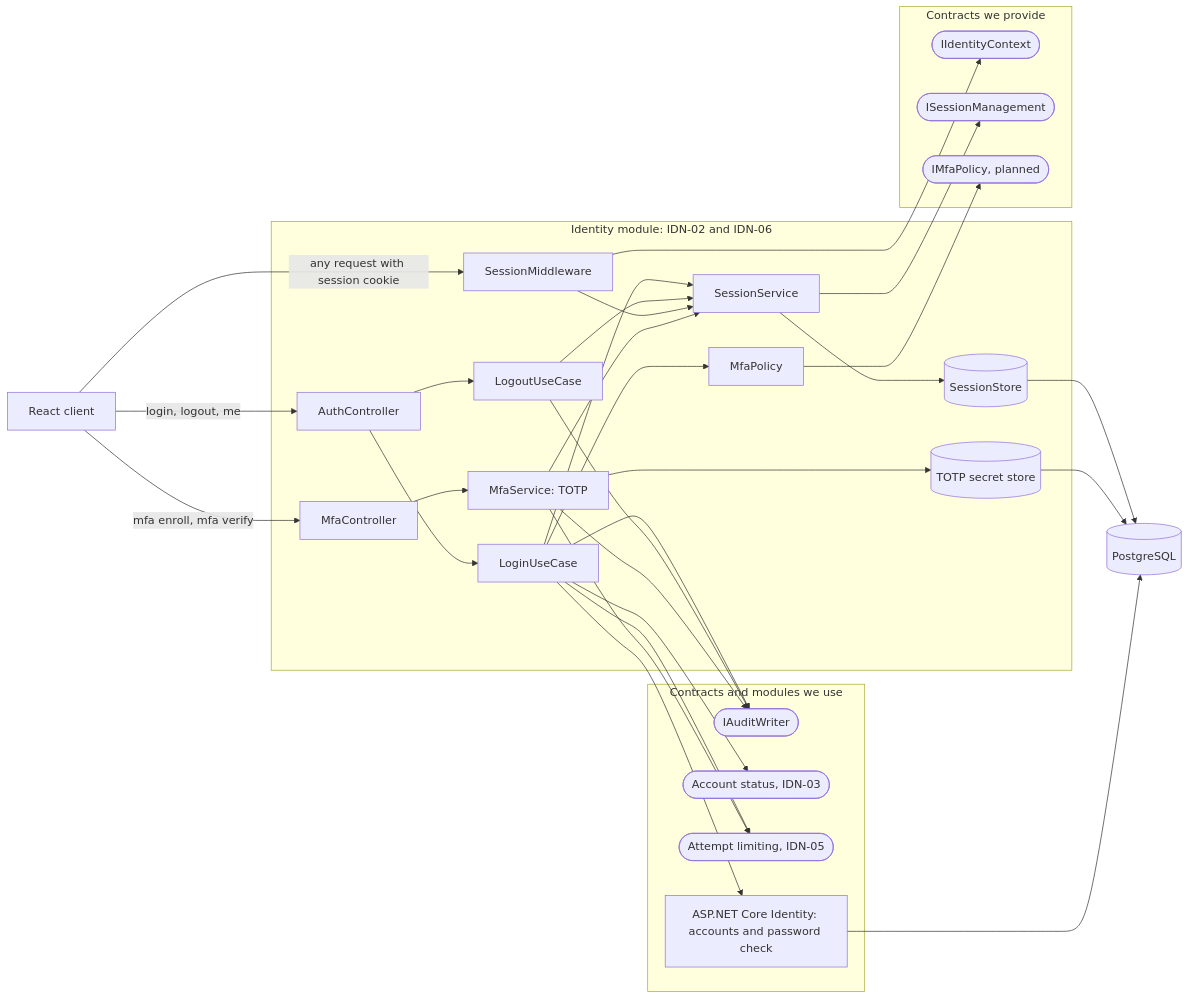
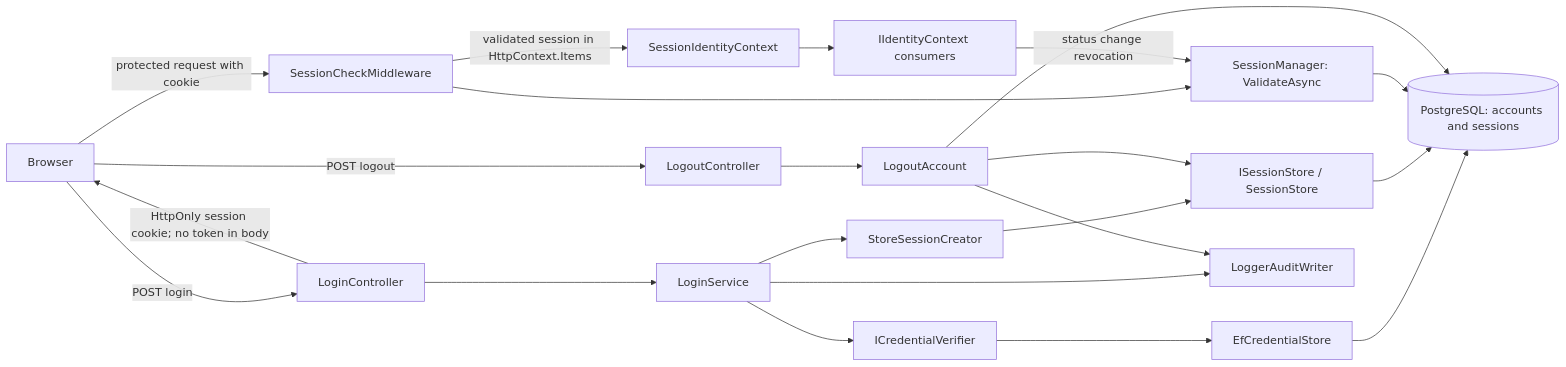
Before and after one commit to Kikiriki007/security-lab: the diagram in docs/components/identity/IDN-02_IDN-06_ARCHITECTURE.md, drawn with Mermaid. The commit also changed other lines of this file and 5 other files, not shown here.

Commit message:
Updated the diagram and contracts

````diff
--- a/docs/components/identity/IDN-02_IDN-06_ARCHITECTURE.md
+++ b/docs/components/identity/IDN-02_IDN-06_ARCHITECTURE.md
@@ -45,46 +41,27 @@
 ```mermaid
 flowchart LR
-  Client[React client] -->|login, logout, me| AuthC[AuthController]
-  Client -->|mfa enroll, mfa verify| MfaC[MfaController]
-  Client -->|any request with session cookie| Mw[SessionMiddleware]
+  Browser[Browser] -->|POST login| Auth[LoginController]
+  Auth --> Login[LoginService]
+  Login --> Cred[ICredentialVerifier]
+  Cred --> Accounts[EfCredentialStore]
+  Accounts --> DB[("PostgreSQL: accounts and sessions")]
+  Login --> Creator[StoreSessionCreator]
+  Creator --> Store[ISessionStore / SessionStore]
+  Store --> DB
+  Auth -->|HttpOnly session cookie; no token in body| Browser
 
-  subgraph idn["Identity module: IDN-02 and IDN-06"]
-    AuthC --> Login[LoginUseCase]
-    AuthC --> Logout[LogoutUseCase]
-    MfaC --> Mfa[MfaService: TOTP]
-    Login --> Sess[SessionService]
-    Logout --> Sess
-    Mw --> Sess
-    Mfa --> Sess
-    Login --> Pol[MfaPolicy]
-    Sess --> Store[("SessionStore")]
-    Mfa --> Sec[("TOTP secret store")]
-  end
+  Browser -->|protected request with cookie| Middleware[SessionCheckMiddleware]
+  Middleware --> Manager[SessionManager: ValidateAsync]
+  Manager --> DB
+  Middleware -->|validated session in HttpContext.Items| Context[SessionIdentityContext]
+  Context --> Consumers[IIdentityContext consumers]
 
-  subgraph provided["Contracts we provide"]
-    IIC([IIdentityContext])
-    ISM([ISessionManagement])
-    IMP([IMfaPolicy, planned])
-  end
+  Browser -->|POST logout| LogoutController
+  LogoutController --> Logout[LogoutAccount]
+  Logout --> Store
+  Logout --> DB
 
-  subgraph used["Contracts and modules we use"]
-    IAW([IAuditWriter])
-    Stat([Account status, IDN-03])
-    Lim([Attempt limiting, IDN-05])
-    AspId[ASP.NET Core Identity: accounts and password check]
-  end
-
-  Mw --> IIC
-  Sess --> ISM
-  Pol --> IMP
-  Login --> AspId
-  Login --> Stat
-  Login --> Lim
-  Mfa --> Lim
-  Login --> IAW
-  Logout --> IAW
-  Mfa --> IAW
-  Store --> DB[("PostgreSQL")]
-  Sec --> DB
-  AspId --> DB
+  Consumers -->|status change revocation| Manager
+  Login --> Audit[LoggerAuditWriter]
+  Logout --> Audit
 ```
````
